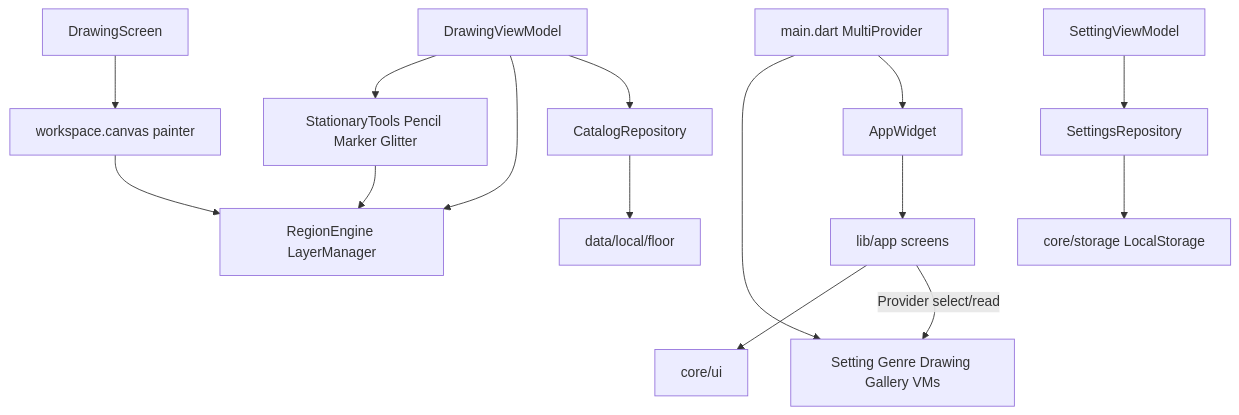
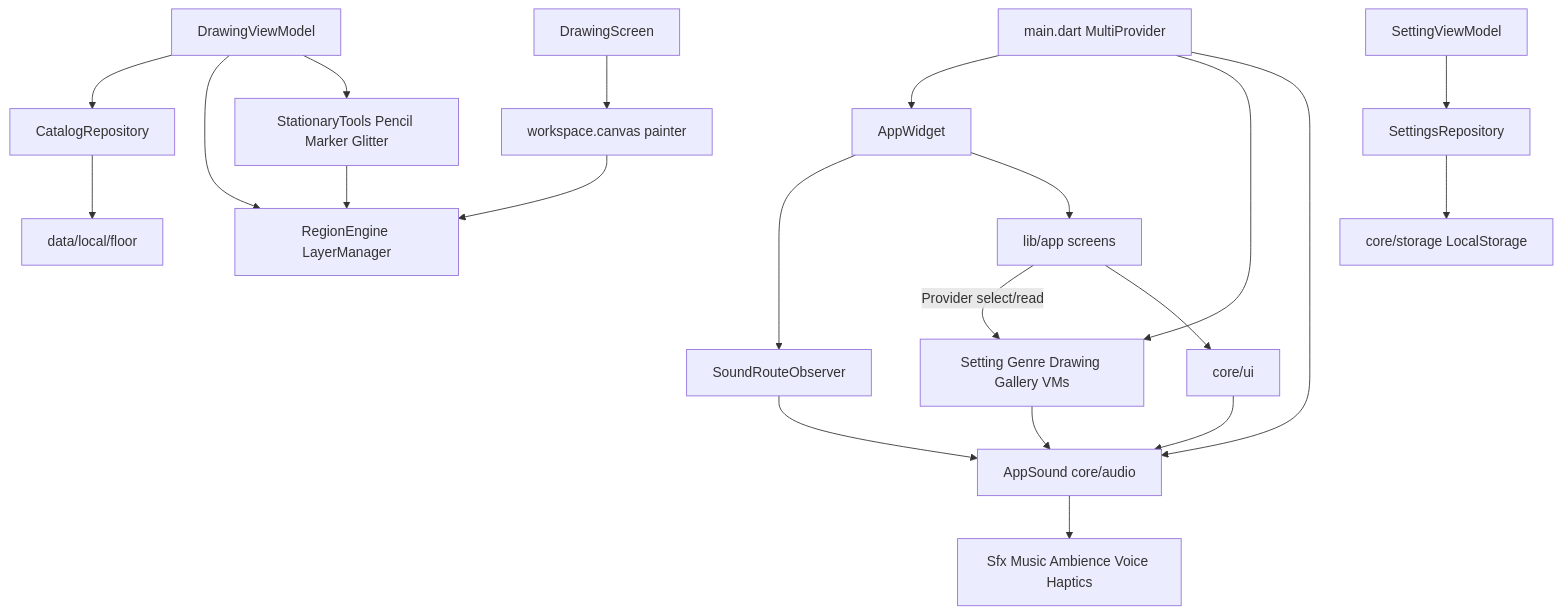
The diagram in docs/Architecture.md (ghulamhussainjoyo/kids-drawing-app), drawn with Mermaid before and after one commit. The commit also changed other lines of this file and 125 other files, not shown here.

````diff
--- a/docs/Architecture.md
+++ b/docs/Architecture.md
@@ -297,17 +334,22 @@
 ```mermaid
 flowchart TD
     Main["main.dart MultiProvider"] --> AppWidget
     Main --> VMs[Setting Genre Drawing Gallery VMs]
+    Main --> Sound["AppSound core/audio"]
+    AppWidget --> RouteObs["SoundRouteObserver"] --> Sound
+    VMs --> Sound
+    CoreUi --> Sound
+    Sound --> Players["Sfx Music Ambience Voice Haptics"]
     AppWidget --> AppRoutes["lib/app screens"]
     AppRoutes -->|"Provider select/read"| VMs
     DrawingVM["DrawingViewModel"] --> CatalogRepo["CatalogRepository"]
     SettingVM["SettingViewModel"] --> SettingsRepo["SettingsRepository"]
     DrawingVM --> Engine["RegionEngine LayerManager"]
     DrawingVM --> Tools["StationaryTools Pencil Marker Glitter"]
     Tools --> Engine
     CatalogRepo --> Floor["data/local/floor"]
     SettingsRepo --> Prefs["core/storage LocalStorage"]
     AppRoutes --> CoreUi["core/ui"]
     DrawingScreen --> Workspace["workspace.canvas painter"]
     Workspace --> Engine
 ```
````
